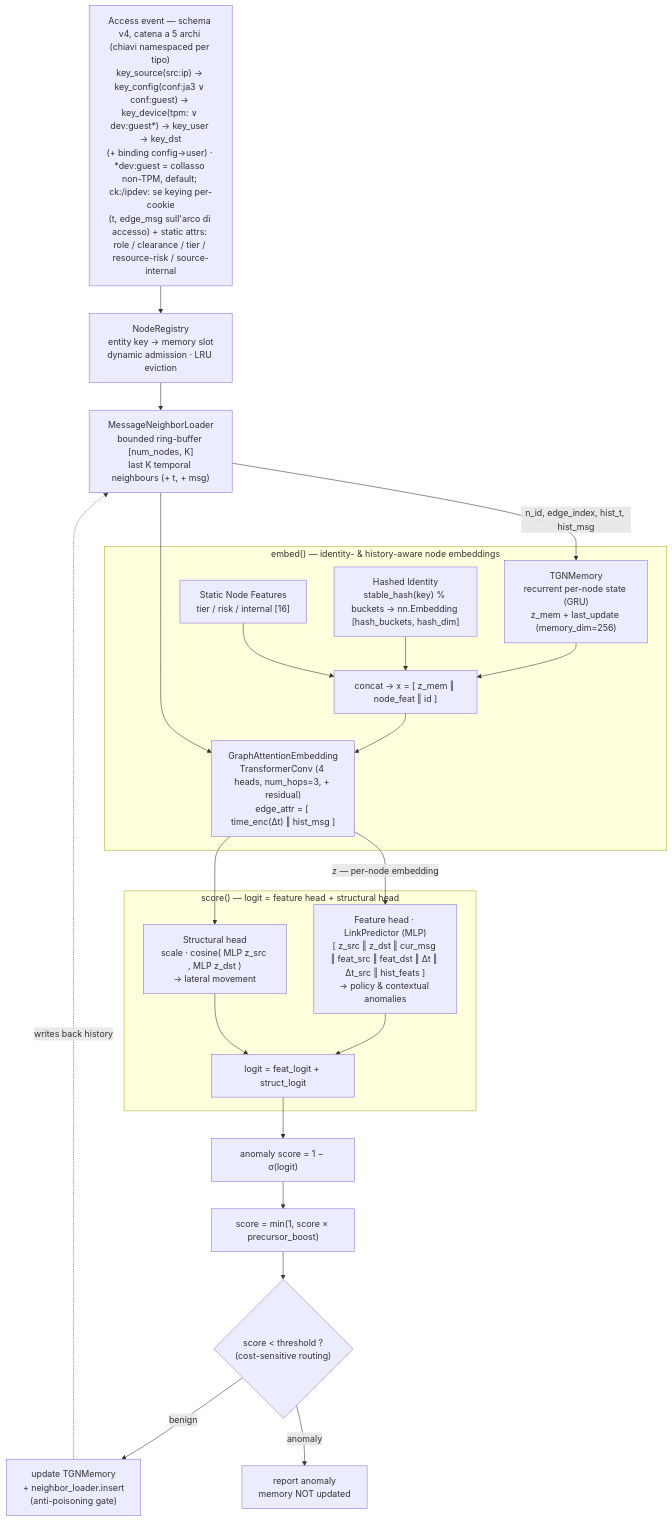
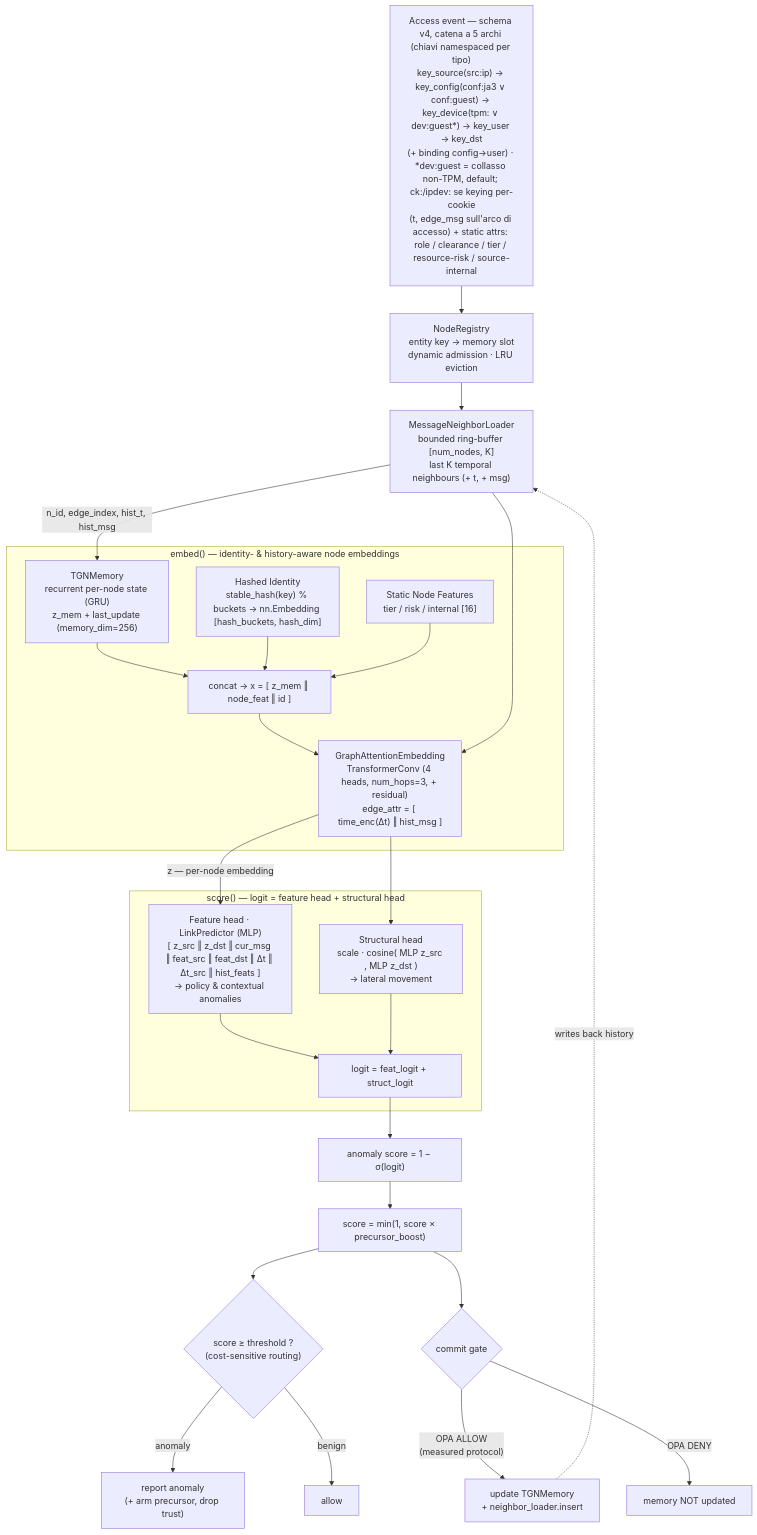
The diagram in README.md (DDoS-Fury/Papergate), drawn with Mermaid before and after one commit. The commit also changed other lines of this file and 22 other files, not shown here.

````diff
--- a/README.md
+++ b/README.md
@@ -56,38 +59,41 @@
 ```mermaid
 flowchart TD
     EV["Access event — schema v4, catena a 5 archi (chiavi namespaced per tipo)<br/>key_source(src:ip) → key_config(conf:ja3 ∨ conf:guest) → key_device(tpm: ∨ dev:guest*) → key_user → key_dst<br/>(+ binding config→user) · *dev:guest = collasso non-TPM, default; ck:/ipdev: se keying per-cookie<br/>(t, edge_msg sull'arco di accesso) + static attrs: role / clearance / tier / resource-risk / source-internal"]
     REG["NodeRegistry<br/>entity key → memory slot<br/>dynamic admission · LRU eviction"]
     NL["MessageNeighborLoader<br/>bounded ring-buffer [num_nodes, K]<br/>last K temporal neighbours (+ t, + msg)"]
     EV --> REG --> NL
 
     subgraph EMB["embed() — identity- & history-aware node embeddings"]
         MEM["TGNMemory<br/>recurrent per-node state (GRU)<br/>z_mem + last_update (memory_dim=256)"]
         ID["Hashed Identity<br/>stable_hash(key) % buckets → nn.Embedding [hash_buckets, hash_dim]"]
         STAT["Static Node Features<br/>tier / risk / internal [16]"]
         CAT["concat → x = [ z_mem ‖ node_feat ‖ id ]"]
         GNN["GraphAttentionEmbedding<br/>TransformerConv (4 heads, num_hops=3, + residual)<br/>edge_attr = [ time_enc(Δt) ‖ hist_msg ]"]
         MEM --> CAT
         ID --> CAT
         STAT --> CAT
         CAT --> GNN
     end
     NL -->|"n_id, edge_index, hist_t, hist_msg"| MEM
     NL --> GNN
 
     subgraph SCOREG["score() — logit = feature head + structural head"]
         FEAT["Feature head · LinkPredictor (MLP)<br/>[ z_src ‖ z_dst ‖ cur_msg ‖ feat_src ‖ feat_dst ‖ Δt ‖ Δt_src ‖ hist_feats ]<br/>→ policy & contextual anomalies"]
         STR["Structural head<br/>scale · cosine( MLP z_src , MLP z_dst )<br/>→ lateral movement"]
         SUM["logit = feat_logit + struct_logit"]
         FEAT --> SUM
         STR --> SUM
     end
 
     GNN -->|"z — per-node embedding"| FEAT
     GNN --> STR
     SUM --> SCO["anomaly score = 1 − σ(logit)"]
     SCO --> PREC["score = min(1, score × precursor_boost)"]
-    PREC --> GATE{"score < threshold ?<br/>(cost-sensitive routing)"}
-    GATE -->|benign| UPD["update TGNMemory<br/>+ neighbor_loader.insert<br/>(anti-poisoning gate)"]
-    GATE -->|anomaly| REP["report anomaly<br/>memory NOT updated"]
+    PREC --> DEC{"score ≥ threshold ?<br/>(cost-sensitive routing)"}
+    DEC -->|anomaly| REP["report anomaly<br/>(+ arm precursor, drop trust)"]
+    DEC -->|benign| OK["allow"]
+    PREC --> GATE{"commit gate"}
+    GATE -->|"OPA ALLOW<br/>(measured protocol)"| UPD["update TGNMemory<br/>+ neighbor_loader.insert"]
+    GATE -->|"OPA DENY"| NOUPD["memory NOT updated"]
     UPD -.->|writes back history| NL
 ```
````
